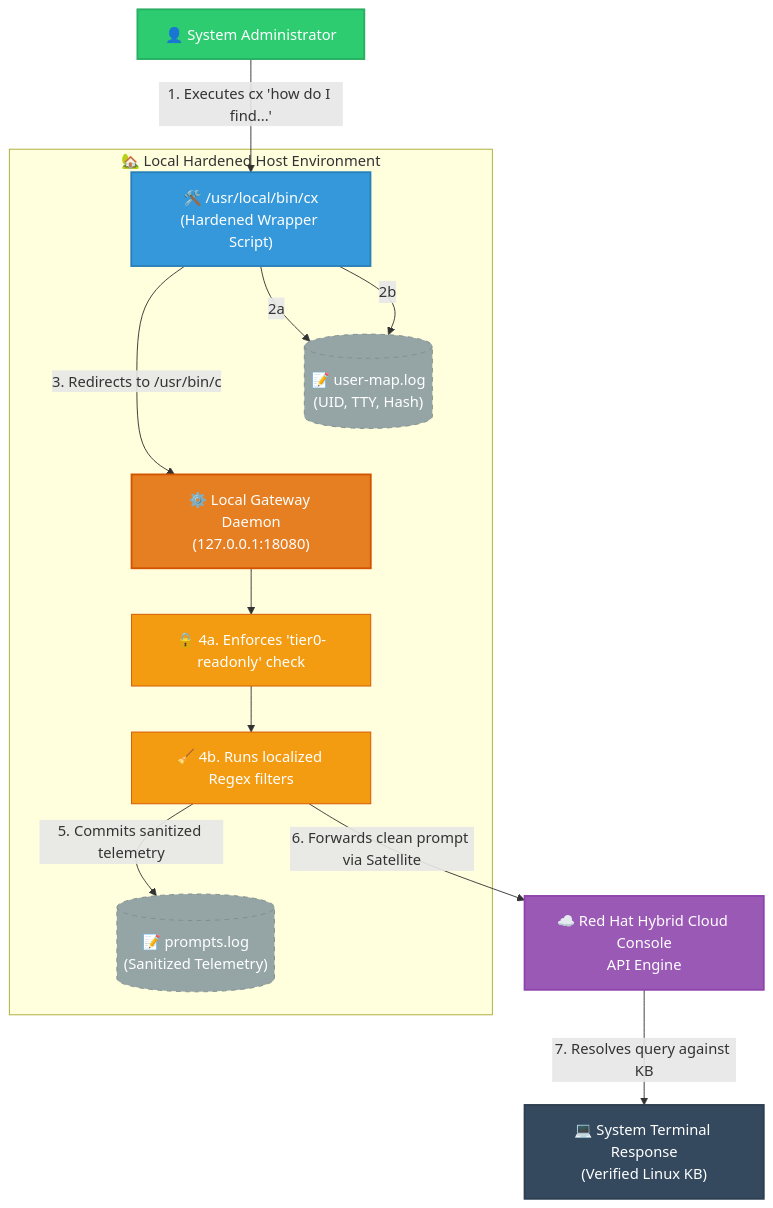
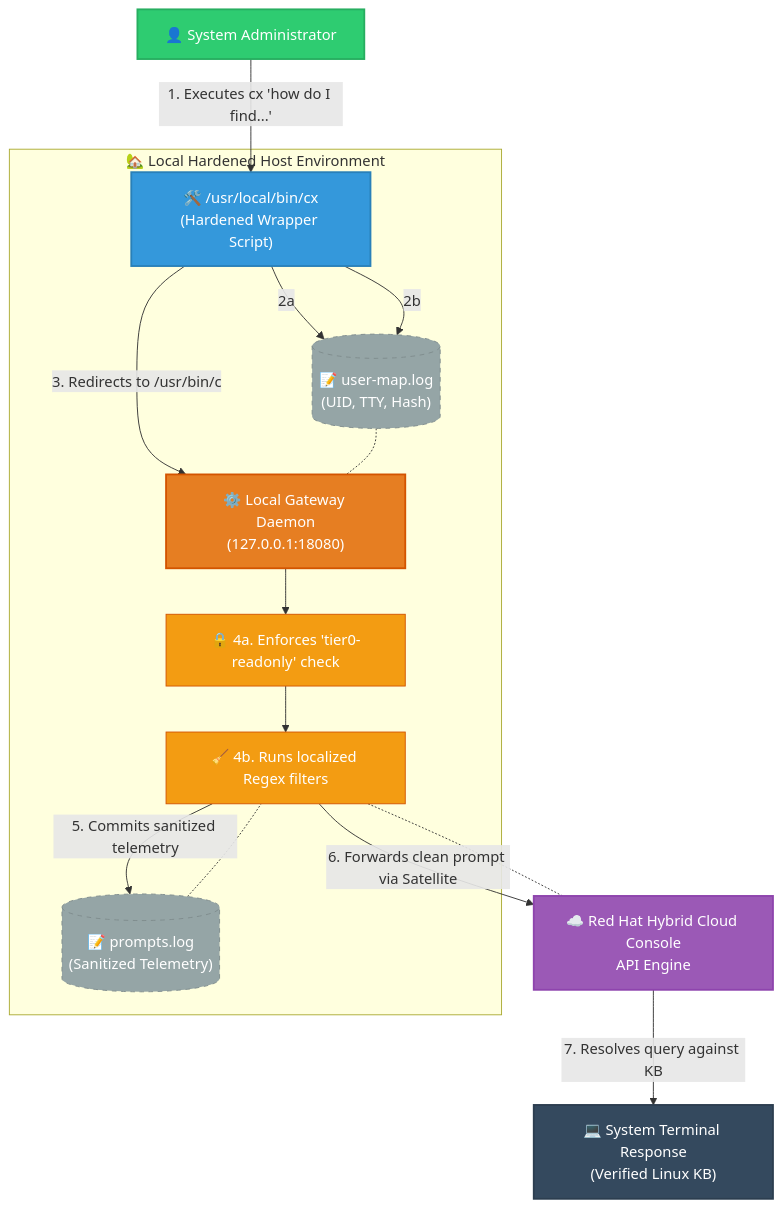
One commit to kumarj04/cla-gateway changed the diagram in architecture.md. Above: the diagram before and after it, drawn with Mermaid.

Commit message:
Revise architecture diagram for clarity and structure

````diff
--- a/architecture.md
+++ b/architecture.md
@@ -1,49 +1,54 @@
 ```mermaid
 graph TD
     %% Styling definitions
     classDef user fill:#2ecc71,stroke:#27ae60,stroke-width:2px,color:#fff;
     classDef local fill:#3498db,stroke:#2980b9,stroke-width:2px,color:#fff;
     classDef daemon fill:#e67e22,stroke:#d35400,stroke-width:2px,color:#fff;
     classDef subEngine fill:#f39c12,stroke:#d35400,stroke-width:1px,color:#fff;
     classDef cloud fill:#9b59b6,stroke:#8e44ad,stroke-width:2px,color:#fff;
     classDef terminal fill:#34495e,stroke:#2c3e50,stroke-width:2px,color:#fff;
     classDef log fill:#95a5a6,stroke:#7f8c8d,stroke-width:1px,color:#fff,stroke-dasharray: 5 5;
 
     %% Workflow Nodes
     Admin[👤 System Administrator]:::user
     
     subgraph LocalHost ["🏡 Local Hardened Host Environment"]
-        %% Primary Central Processing Spine
+        %% Column 1: Logging Databases (Left Side)
+        UserLog[("📝 user-map.log<br>(UID, TTY, Hash)")]:::log
+        PromptLog[("📝 prompts.log<br>(Sanitized Telemetry)")]:::log
+
+        %% Column 2: Central Execution Spine (Center)
         Wrapper["🛠️ /usr/local/bin/cx<br>(Hardened Wrapper Script)"]:::local
         Daemon["⚙️ Local Gateway Daemon<br>(127.0.0.1:18080)"]:::daemon
         Check1["🔒 4a. Enforces 'tier0-readonly' check"]:::subEngine
         Check2["🧹 4b. Runs localized Regex filters"]:::subEngine
-        
-        %% Log files aligned cleanly on the left side
-        UserLog[("📝 user-map.log<br>(UID, TTY, Hash)")]:::log
-        PromptLog[("📝 prompts.log<br>(Sanitized Telemetry)")]:::log
     end
 
-    %% Outbound Infrastructure (Right side delivery)
+    %% Column 3: External Systems (Right Side)
     RHCloud["☁️ Red Hat Hybrid Cloud Console<br>API Engine"]:::cloud
     Response["💻 System Terminal Response<br>(Verified Linux KB)"]:::terminal
 
-    %% Straight Central Execution Flow
+    %% 1. Top Entry
     Admin -->|1. Executes cx 'how do I find...'| Wrapper
+
+    %% 2. First Stage: Wrapper Execution & Context Logging
     Wrapper -->|3. Redirects to /usr/bin/c| Daemon
+    Wrapper -->|2a| UserLog
+    Wrapper -->|2b| UserLog
+
+    %% 3. Second Stage: Internal Middleware Chain (Forces a straight downward spine)
     Daemon --> Check1
     Check1 --> Check2
-    
-    %% Left-Side Logging Streams
-    Wrapper -->|2a| UserLog
-    Wrapper -->|2b| UserLog
+
+    %% 4. Third Stage: Outputs and Exit Routes
     Check2 -->|5. Commits sanitized telemetry| PromptLog
-    
-    %% Right-Side Network Delivery
     Check2 -->|6. Forwards clean prompt via Satellite| RHCloud
+
+    %% 5. Final Destination Resolution
     RHCloud -->|7. Resolves query against KB| Response
 
-    %% Hard Alignment Overrides (Keeps line 3 perfectly straight)
-    UserLog ~~~ Daemon
-    PromptLog ~~~ Check2
+    %% Hard Horizontal Alignment Rules (Locks layout layout order: Left -> Center -> Right)
+    UserLog  -.- Daemon
+    PromptLog -.- Check2
+    Check2   -.- RHCloud
 ```
````
